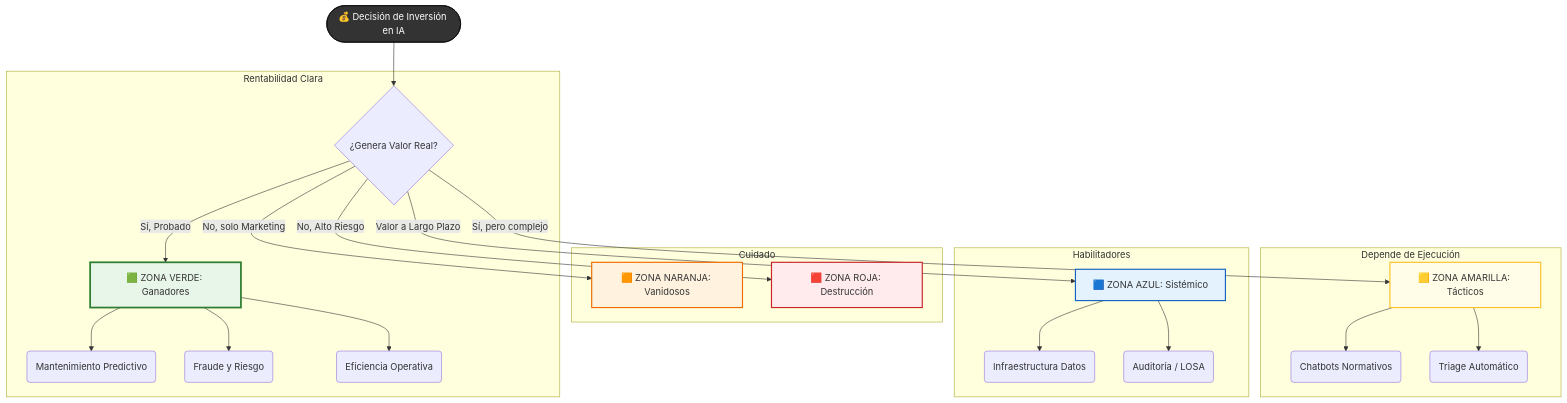
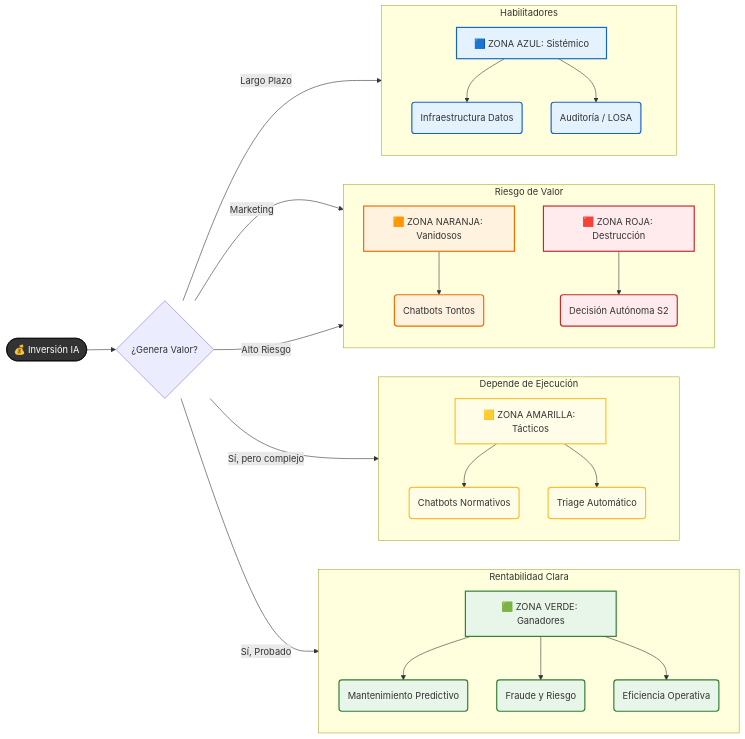
Before and after one commit to jccarvajal/Arquitectura-IA: the diagram in docs/guias/12-ROI-Financiero.md, drawn with Mermaid.

````diff
--- a/docs/guias/12-ROI-Financiero.md
+++ b/docs/guias/12-ROI-Financiero.md
@@ -15,36 +15,54 @@
 ```mermaid
-graph TD
-    Invest([💰 Decisión de Inversión en IA]) --> Evaluacion{¿Genera Valor Real?}
+graph LR
+    Invest([💰 Inversión IA]) --> Evaluacion{¿Genera Valor?}
 
-    subgraph Ganadores [Rentabilidad Clara]
-        Evaluacion -->|Sí, Probado| Green[🟩 ZONA VERDE: Ganadores]
+    %% ZONA VERDE
+    Evaluacion -->|Sí, Probado| Green[🟩 ZONA VERDE: Ganadores]
+    subgraph Z_Green [Rentabilidad Clara]
+        direction TB
         Green --> G1(Mantenimiento Predictivo)
         Green --> G2(Fraude y Riesgo)
         Green --> G3(Eficiencia Operativa)
     end
 
-    subgraph Condicionales [Depende de Ejecución]
-        Evaluacion -->|Sí, pero complejo| Yellow[🟨 ZONA AMARILLA: Tácticos]
+    %% ZONA AMARILLA
+    Evaluacion -->|Sí, pero complejo| Yellow[🟨 ZONA AMARILLA: Tácticos]
+    subgraph Z_Yellow [Depende de Ejecución]
+        direction TB
         Yellow --> Y1(Chatbots Normativos)
         Yellow --> Y2(Triage Automático)
     end
 
-    subgraph Trampas [Cuidado]
-        Evaluacion -->|No, solo Marketing| Orange[🟧 ZONA NARANJA: Vanidosos]
-        Evaluacion -->|No, Alto Riesgo| Red[🟥 ZONA ROJA: Destrucción]
+    %% ZONA NARANJA Y ROJA
+    Evaluacion -->|Marketing| Orange[🟧 ZONA NARANJA: Vanidosos]
+    Evaluacion -->|Alto Riesgo| Red[🟥 ZONA ROJA: Destrucción]
+
+    subgraph Z_Risk [Riesgo de Valor]
+        direction TB
+        Orange --> O1(Chatbots Tontos)
+        Red --> R1(Decisión Autónoma S2)
     end
 
-    subgraph Base [Habilitadores]
-        Evaluacion -->|Valor a Largo Plazo| Blue[🟦 ZONA AZUL: Sistémico]
+    %% ZONA AZUL
+    Evaluacion -->|Largo Plazo| Blue[🟦 ZONA AZUL: Sistémico]
+    subgraph Z_Blue [Habilitadores]
+        direction TB
         Blue --> B1(Infraestructura Datos)
         Blue --> B2(Auditoría / LOSA)
     end
 
-    %% Estilos de Semáforo
-    style Green fill:#e8f5e9,stroke:#2e7d32,stroke-width:3px
-    style Yellow fill:#fffde7,stroke:#fbc02d,stroke-width:2px
-    style Orange fill:#fff3e0,stroke:#ef6c00,stroke-width:2px
-    style Red fill:#ffebee,stroke:#c62828,stroke-width:2px
-    style Blue fill:#e3f2fd,stroke:#1565c0,stroke-width:2px
-    style Invest fill:#333,color:#fff,stroke:#000
+    %% ESTILOS
+    classDef green fill:#e8f5e9,stroke:#2e7d32,stroke-width:2px;
+    classDef yellow fill:#fffde7,stroke:#fbc02d,stroke-width:2px;
+    classDef orange fill:#fff3e0,stroke:#ef6c00,stroke-width:2px;
+    classDef red fill:#ffebee,stroke:#c62828,stroke-width:2px;
+    classDef blue fill:#e3f2fd,stroke:#1565c0,stroke-width:2px;
+    classDef base fill:#333,color:#fff,stroke:#000;
+
+    class Green,G1,G2,G3 green;
+    class Yellow,Y1,Y2 yellow;
+    class Orange,O1 orange;
+    class Red,R1 red;
+    class Blue,B1,B2 blue;
+    class Invest base;
 ```
````
